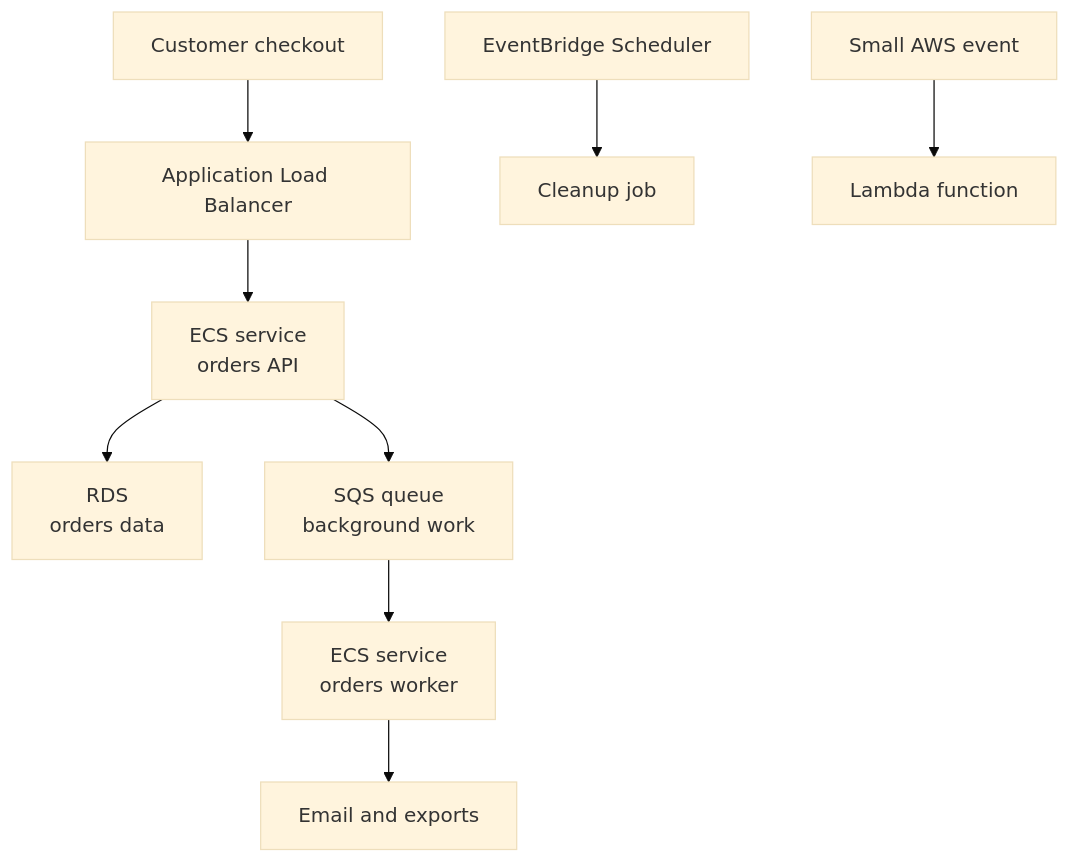
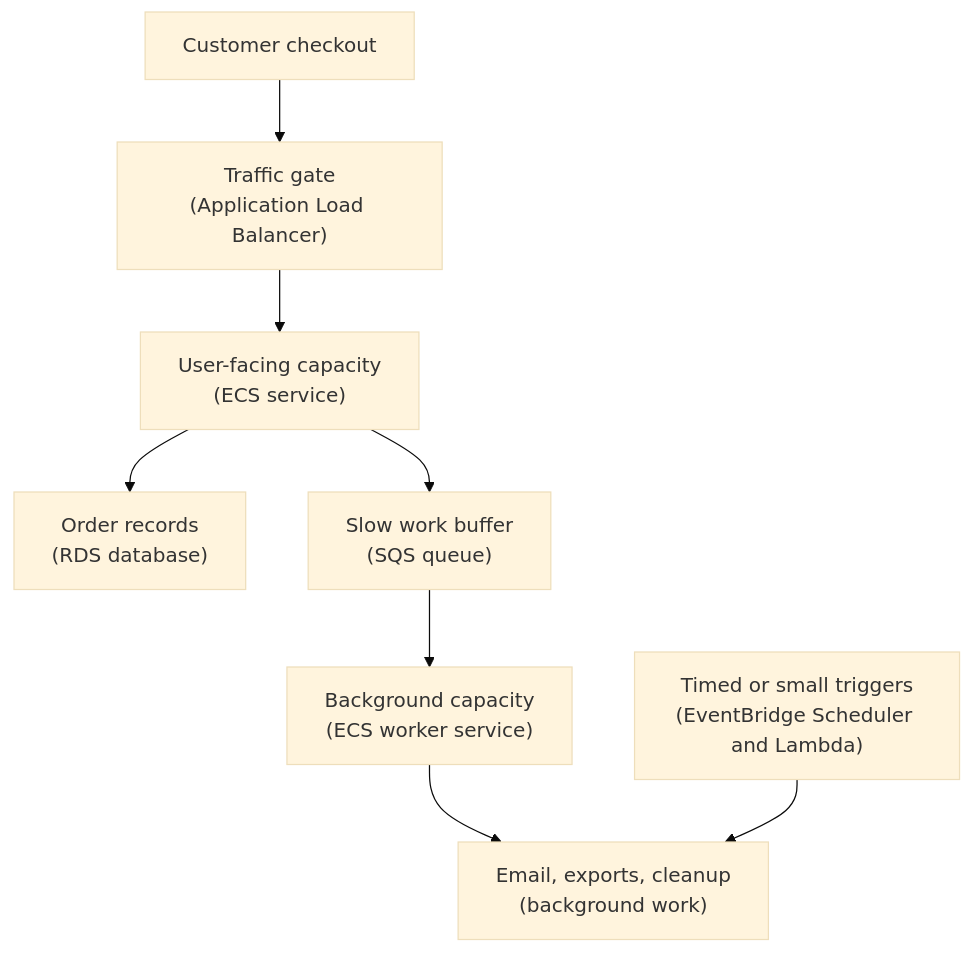
The diagram in cloud-providers/aws/deployment-runtime-operations/scaling-jobs-and-operational-controls.md (senlinyy/dev-roadmaps), drawn with Mermaid (base theme) before and after one commit. The commit also changed other lines of this file and 89 other files, not shown here.

````diff
--- a/cloud-providers/aws/deployment-runtime-operations/scaling-jobs-and-operational-controls.md
+++ b/cloud-providers/aws/deployment-runtime-operations/scaling-jobs-and-operational-controls.md
@@ -72,11 +72,10 @@
 ```mermaid
 flowchart TD
-    USER["Customer checkout"] --> ALB["Application Load Balancer"]
-    ALB --> API["ECS service<br/>orders API"]
-    API --> DB["RDS<br/>orders data"]
-    API --> QUEUE["SQS queue<br/>background work"]
-    QUEUE --> WORKER["ECS service<br/>orders worker"]
-    WORKER --> EMAIL["Email and exports"]
-    SCHED["EventBridge Scheduler"] --> CLEANUP["Cleanup job"]
-    EVENT["Small AWS event"] --> LAMBDA["Lambda function"]
+    USER["Customer checkout"] --> ALB["Traffic gate<br/>(Application Load Balancer)"]
+    ALB --> API["User-facing capacity<br/>(ECS service)"]
+    API --> DB["Order records<br/>(RDS database)"]
+    API --> QUEUE["Slow work buffer<br/>(SQS queue)"]
+    QUEUE --> WORKER["Background capacity<br/>(ECS worker service)"]
+    WORKER --> JOBS["Email, exports, cleanup<br/>(background work)"]
+    TRIGGERS["Timed or small triggers<br/>(EventBridge Scheduler and Lambda)"] --> JOBS
 ```
````
